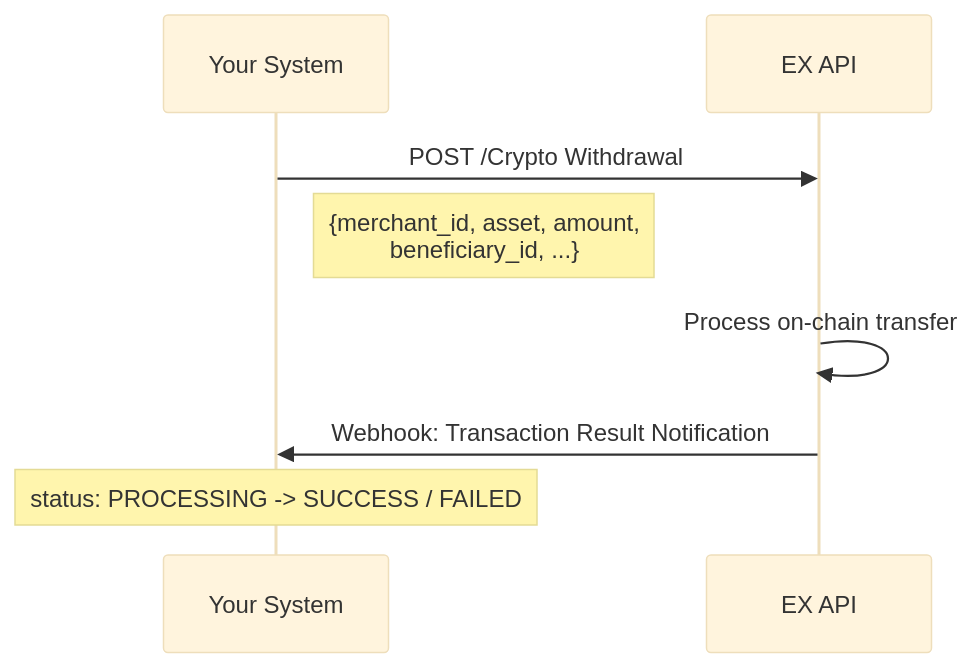
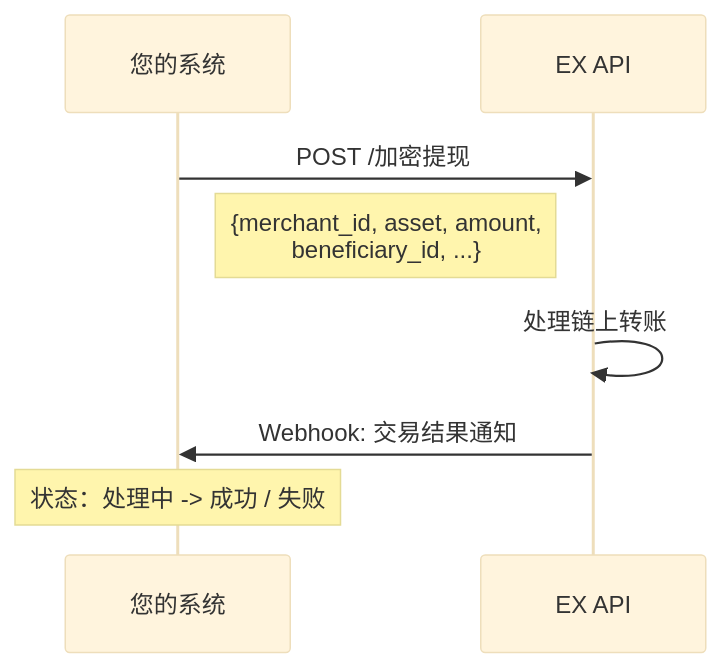
One commit to xiaoxiaoangie/EX-NEW changed diagram 12 of 16 in Solutions/solutions/crypto-solutions-cn.md. Above: the diagram before and after it, drawn with Mermaid (base theme). The commit also changed other lines of this file and 36 other files, not shown here.

````diff
--- a/Solutions/solutions/crypto-solutions-cn.md
+++ b/Solutions/solutions/crypto-solutions-cn.md
@@ -428,11 +428,11 @@
 ```mermaid
 sequenceDiagram
-    participant You as Your System
+    participant You as 您的系统
     participant EX as EX API
 
-    You->>EX: POST /Crypto Withdrawal
+    You->>EX: POST /加密提现
     Note right of You: {merchant_id, asset, amount,<br/>beneficiary_id, ...}
-    EX->>EX: Process on-chain transfer
-    EX->>You: Webhook: Transaction Result Notification
-    Note over You: status: PROCESSING -> SUCCESS / FAILED
+    EX->>EX: 处理链上转账
+    EX->>You: Webhook: 交易结果通知
+    Note over You: 状态：处理中 -> 成功 / 失败
 ```
````
